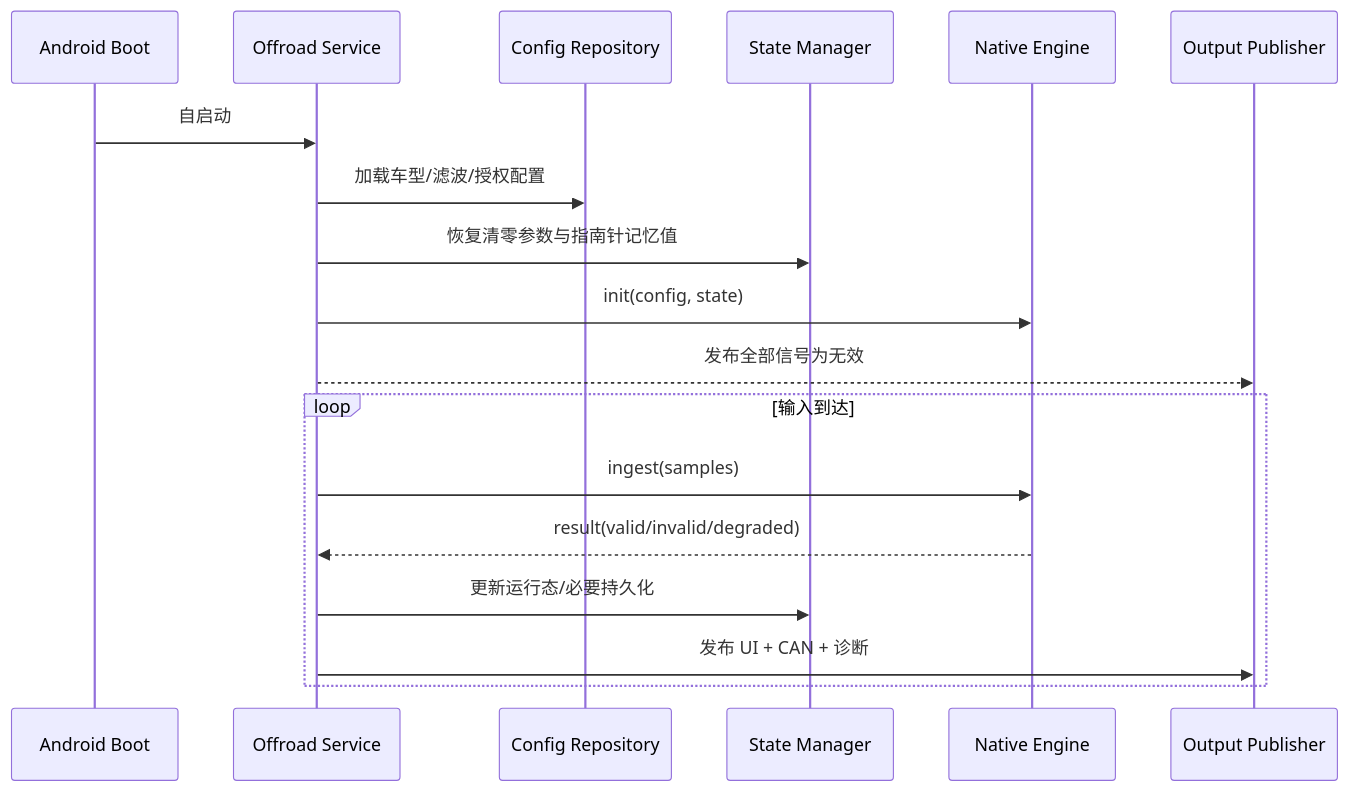
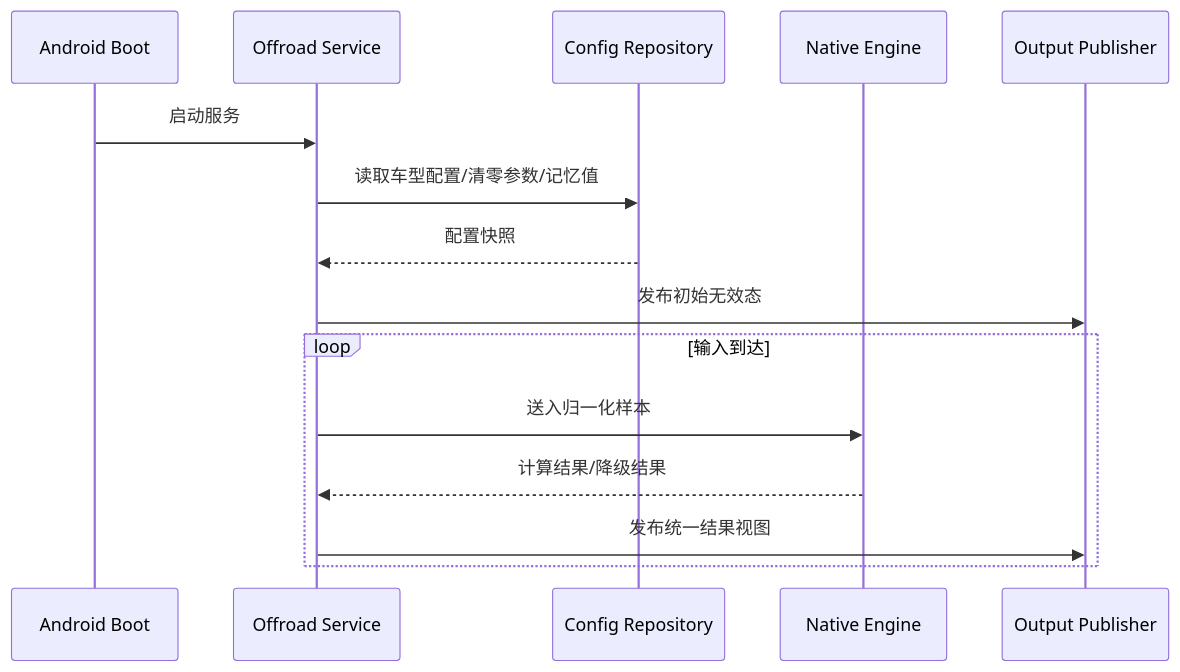
Before and after one commit to ailearneryang/harnesse2e: the fifth of 7 diagrams in design/architecture.md, drawn with Mermaid. The commit also changed other lines of this file and 19 other files, not shown here.

````diff
--- a/design/architecture.md
+++ b/design/architecture.md
@@ -258,21 +244,17 @@
 ```mermaid
 sequenceDiagram
     participant Boot as Android Boot
     participant Svc as Offroad Service
     participant Cfg as Config Repository
-    participant State as State Manager
-    participant Engine as Native Engine
+    participant Eng as Native Engine
     participant Pub as Output Publisher
-
-    Boot->>Svc: 自启动
-    Svc->>Cfg: 加载车型/滤波/授权配置
-    Svc->>State: 恢复清零参数与指南针记忆值
-    Svc->>Engine: init(config, state)
-    Svc-->>Pub: 发布全部信号为无效
+    Boot->>Svc: 启动服务
+    Svc->>Cfg: 读取车型配置/清零参数/记忆值
+    Cfg-->>Svc: 配置快照
+    Svc->>Pub: 发布初始无效态
     loop 输入到达
-        Svc->>Engine: ingest(samples)
-        Engine-->>Svc: result(valid/invalid/degraded)
-        Svc->>State: 更新运行态/必要持久化
-        Svc->>Pub: 发布 UI + CAN + 诊断
+        Svc->>Eng: 送入归一化样本
+        Eng-->>Svc: 计算结果/降级结果
+        Svc->>Pub: 发布统一结果视图
     end
 ```
````
